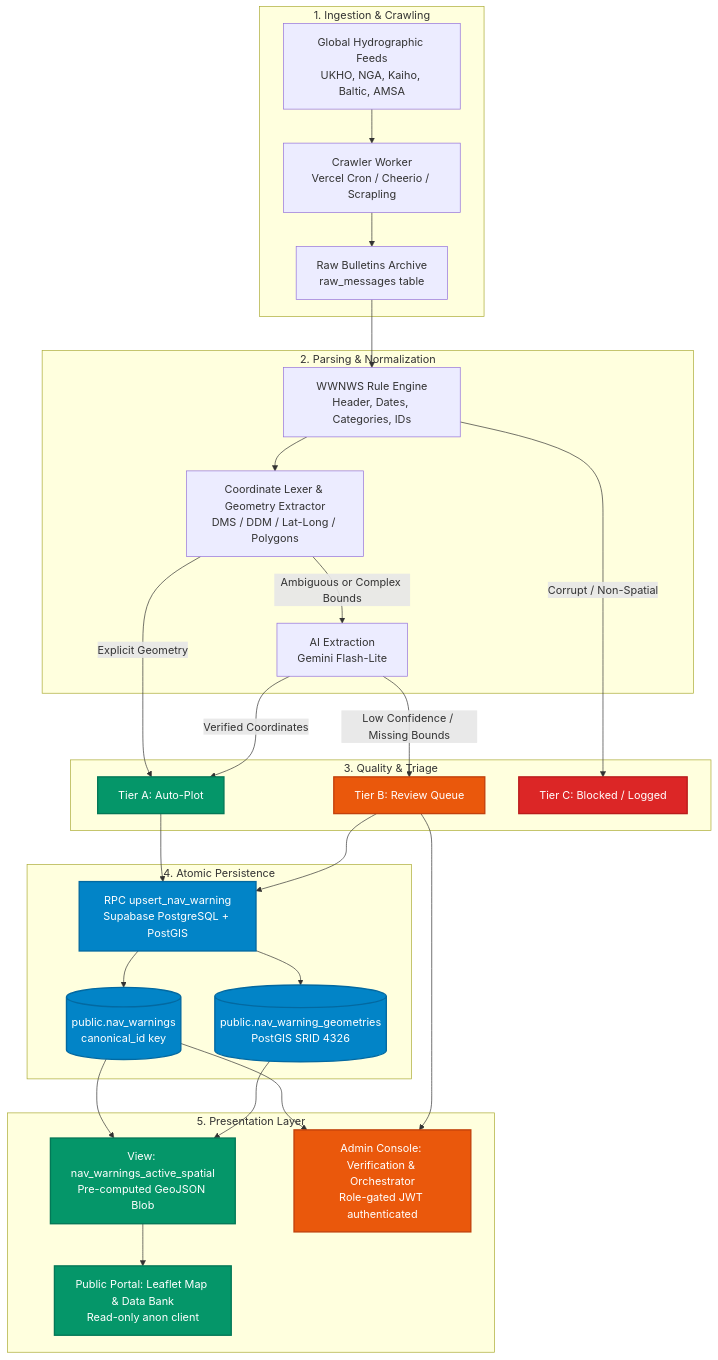
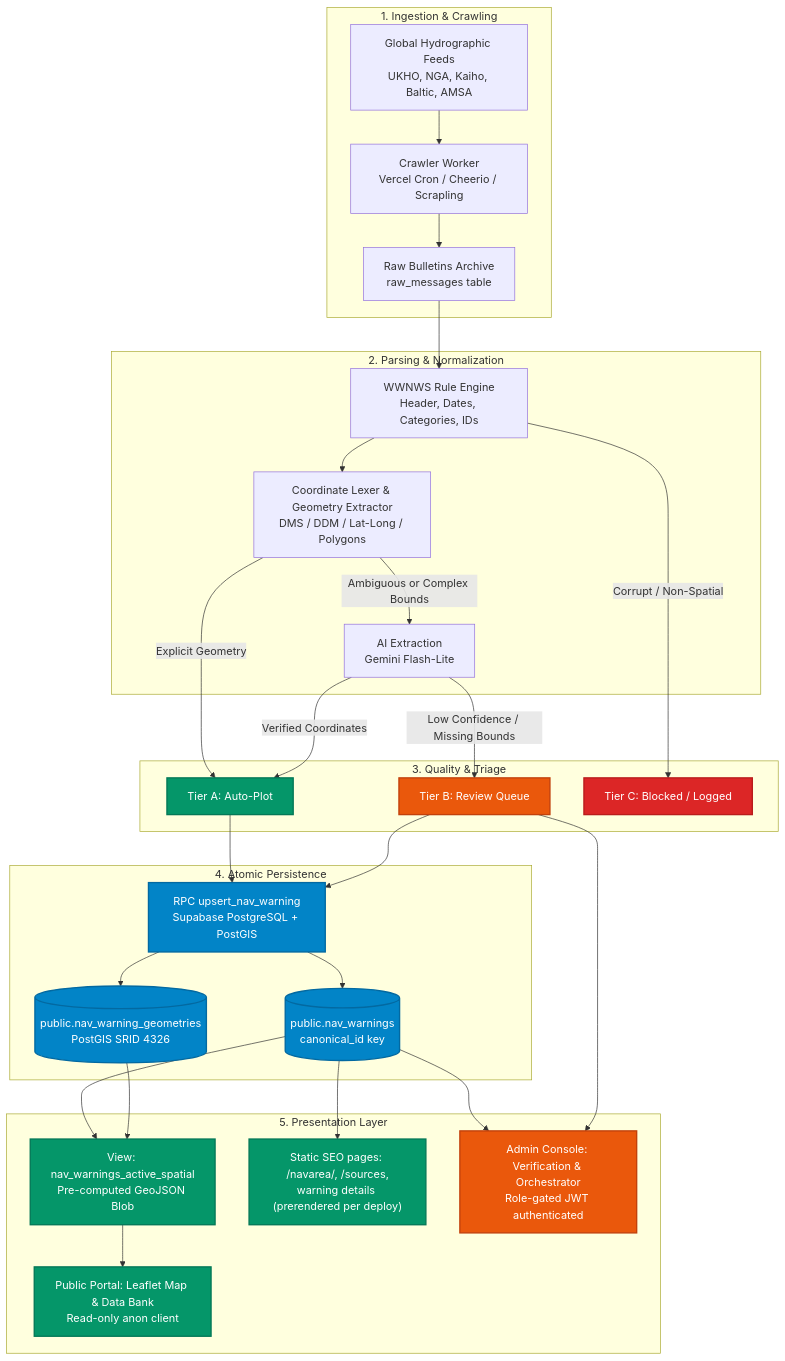
The diagram in README.md (alfredpanakkal/helm.navwarning), drawn with Mermaid before and after one commit. The commit also changed other lines of this file and 1 other file, not shown here.

Commit message:
docs: document static public/SEO surface; sync committed sitemap with active warning detail URLs

````diff
--- a/README.md
+++ b/README.md
@@ -78,43 +79,44 @@
 ```mermaid
 flowchart TD
     subgraph INGESTION["1. Ingestion & Crawling"]
         A[Global Hydrographic Feeds<br/>UKHO, NGA, Kaiho, Baltic, AMSA] --> B[Crawler Worker<br/>Vercel Cron / Cheerio / Scrapling]
         B --> C[Raw Bulletins Archive<br/>raw_messages table]
     end
 
     subgraph PROCESSING["2. Parsing & Normalization"]
         C --> D[WWNWS Rule Engine<br/>Header, Dates, Categories, IDs]
         D --> E[Coordinate Lexer & Geometry Extractor<br/>DMS / DDM / Lat-Long / Polygons]
         E -->|Ambiguous or Complex Bounds| F[AI Extraction<br/>Gemini Flash-Lite]
     end
 
     subgraph TRIAGE["3. Quality & Triage"]
         E -->|Explicit Geometry| G[Tier A: Auto-Plot]
         F -->|Verified Coordinates| G
         F -->|Low Confidence / Missing Bounds| H[Tier B: Review Queue]
         D -->|Corrupt / Non-Spatial| I[Tier C: Blocked / Logged]
     end
 
     subgraph PERSISTENCE["4. Atomic Persistence"]
         G --> J[RPC upsert_nav_warning<br/>Supabase PostgreSQL + PostGIS]
         H --> J
         J --> K[(public.nav_warnings<br/>canonical_id key)]
         J --> L[(public.nav_warning_geometries<br/>PostGIS SRID 4326)]
     end
 
     subgraph PRESENTATION["5. Presentation Layer"]
         K & L --> M[View: nav_warnings_active_spatial<br/>Pre-computed GeoJSON Blob]
         M --> N[Public Portal: Leaflet Map & Data Bank<br/>Read-only anon client]
+        K --> P["Static SEO pages: /navarea/<RN>, /sources,<br/>warning details (prerendered per deploy)"]
         K & H --> O[Admin Console: Verification & Orchestrator<br/>Role-gated JWT authenticated]
     end
 
     classDef primary fill:#0284c7,stroke:#0369a1,stroke-width:2px,color:#fff;
     classDef success fill:#059669,stroke:#047857,stroke-width:2px,color:#fff;
     classDef warning fill:#ea580c,stroke:#c2410c,stroke-width:2px,color:#fff;
     classDef danger fill:#dc2626,stroke:#b91c1c,stroke-width:2px,color:#fff;
 
-    class G,M,N success;
+    class G,M,N,P success;
     class H,O warning;
     class I danger;
     class J,K,L primary;
 ```
````
